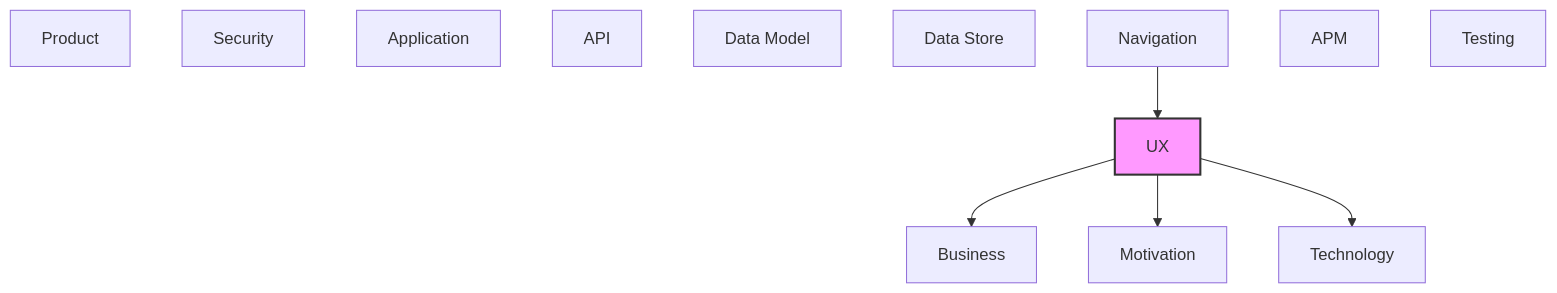
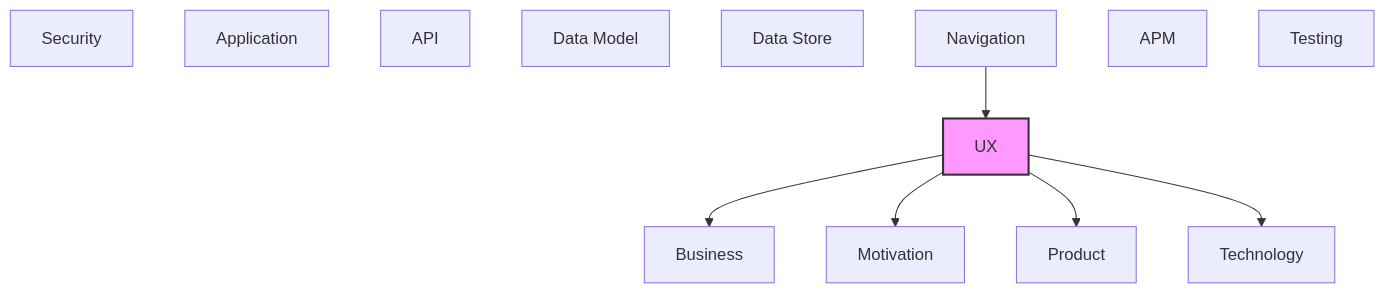
Before and after one commit to tinkermonkey/documentation_robotics_viewer: the second of 2 diagrams in documentation-robotics/reports/10-ux-layer-report.md, drawn with Mermaid. The commit also changed other lines of this file and 68 other files, not shown here.

````diff
--- a/documentation-robotics/reports/10-ux-layer-report.md
+++ b/documentation-robotics/reports/10-ux-layer-report.md
@@ -65,22 +72,23 @@
 ```mermaid
 flowchart TB
   classDef current fill:#f9f,stroke:#333,stroke-width:2px
   motivation["Motivation"]
   business["Business"]
   product["Product"]
   security["Security"]
   application["Application"]
   technology["Technology"]
   api["API"]
   data_model["Data Model"]
   data_store["Data Store"]
   ux["UX"]
   navigation["Navigation"]
   apm["APM"]
   testing["Testing"]
   navigation --> ux
   ux --> business
   ux --> motivation
+  ux --> product
   ux --> technology
   class ux current
 ```
````
